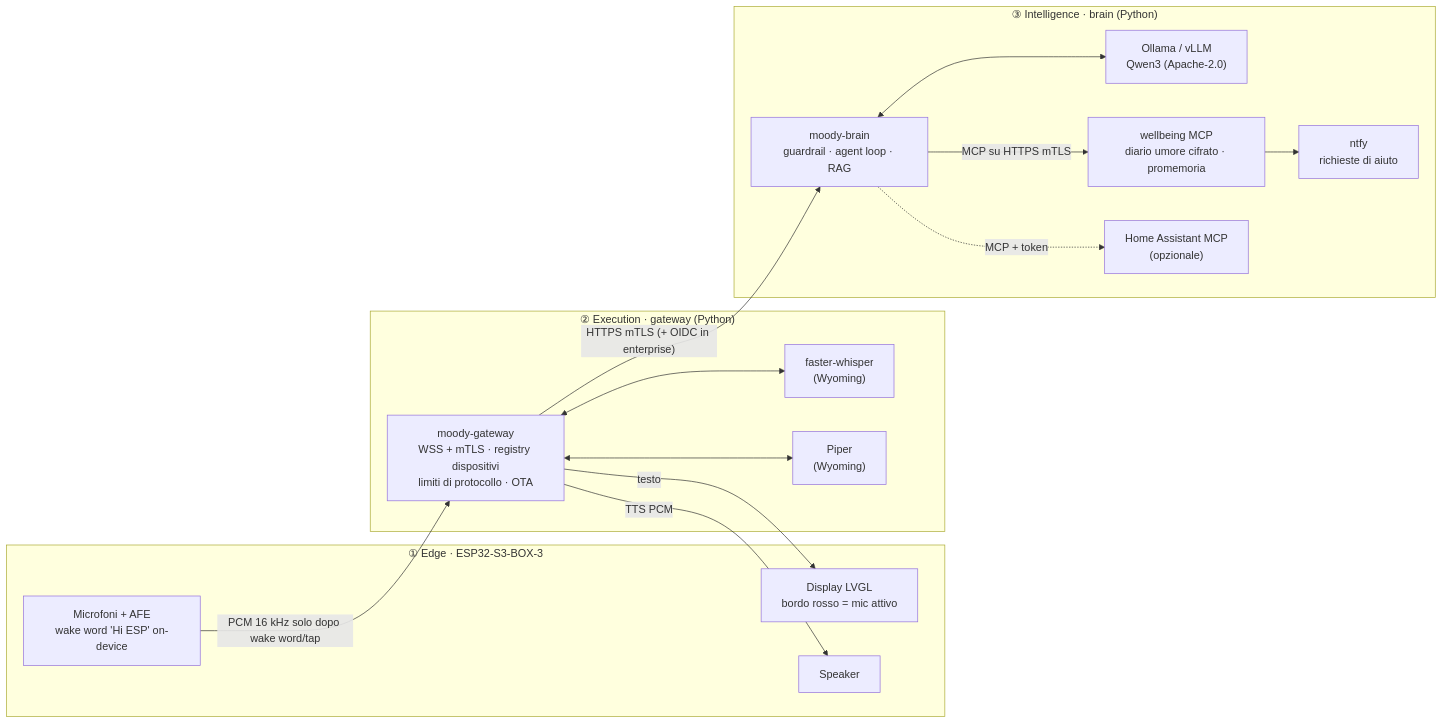
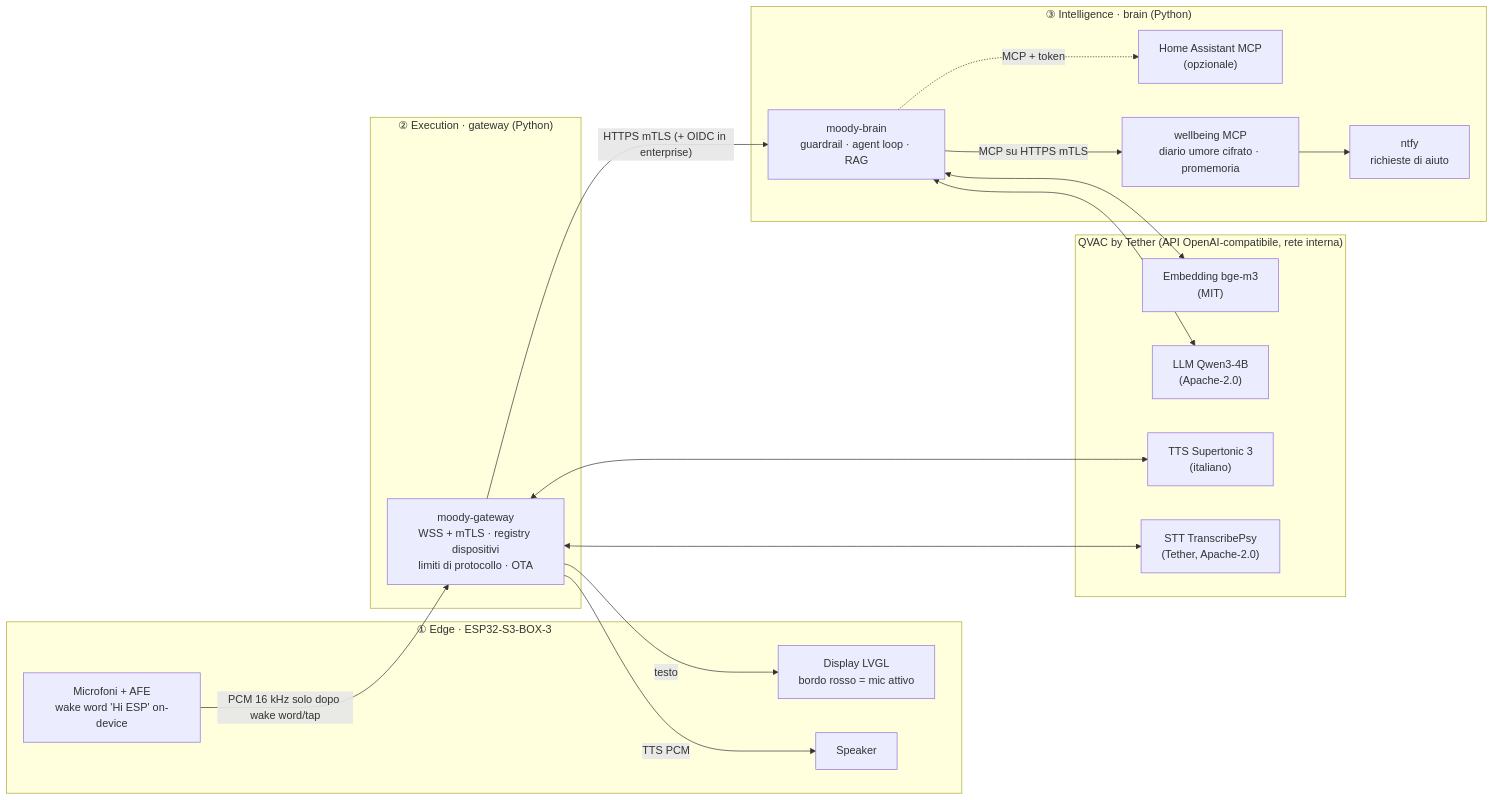
One commit to saldang/moody changed the first of 3 diagrams in docs/00-architettura.md. Above: the diagram before and after it, drawn with Mermaid. The commit also changed other lines of this file and 9 other files, not shown here.

````diff
--- a/docs/00-architettura.md
+++ b/docs/00-architettura.md
@@ -17,33 +17,38 @@
 ```mermaid
 flowchart LR
     subgraph EDGE["① Edge · ESP32-S3-BOX-3"]
         MIC["Microfoni + AFE<br/>wake word 'Hi ESP' on-device"]
         UI["Display LVGL<br/>bordo rosso = mic attivo"]
         SPK["Speaker"]
     end
 
     subgraph EXEC["② Execution · gateway (Python)"]
         GW["moody-gateway<br/>WSS + mTLS · registry dispositivi<br/>limiti di protocollo · OTA"]
-        STT["faster-whisper<br/>(Wyoming)"]
-        TTS["Piper<br/>(Wyoming)"]
+    end
+
+    subgraph QV["QVAC by Tether (API OpenAI-compatibile, rete interna)"]
+        STT["STT TranscribePsy<br/>(Tether, Apache-2.0)"]
+        TTS["TTS Supertonic 3<br/>(italiano)"]
+        LLM["LLM Qwen3-4B<br/>(Apache-2.0)"]
+        EMB["Embedding bge-m3<br/>(MIT)"]
     end
 
     subgraph INTEL["③ Intelligence · brain (Python)"]
         BR["moody-brain<br/>guardrail · agent loop · RAG"]
-        LLM["Ollama / vLLM<br/>Qwen3 (Apache-2.0)"]
         WB["wellbeing MCP<br/>diario umore cifrato · promemoria"]
         HA["Home Assistant MCP<br/>(opzionale)"]
         NT["ntfy<br/>richieste di aiuto"]
     end
 
     MIC -- "PCM 16 kHz solo dopo wake word/tap" --> GW
     GW -- "TTS PCM" --> SPK
     GW -- "testo" --> UI
     GW <--> STT
     GW <--> TTS
     GW -- "HTTPS mTLS (+ OIDC in enterprise)" --> BR
     BR <--> LLM
+    BR <--> EMB
     BR -- "MCP su HTTPS mTLS" --> WB
     BR -. "MCP + token" .-> HA
     WB --> NT
 ```
````
